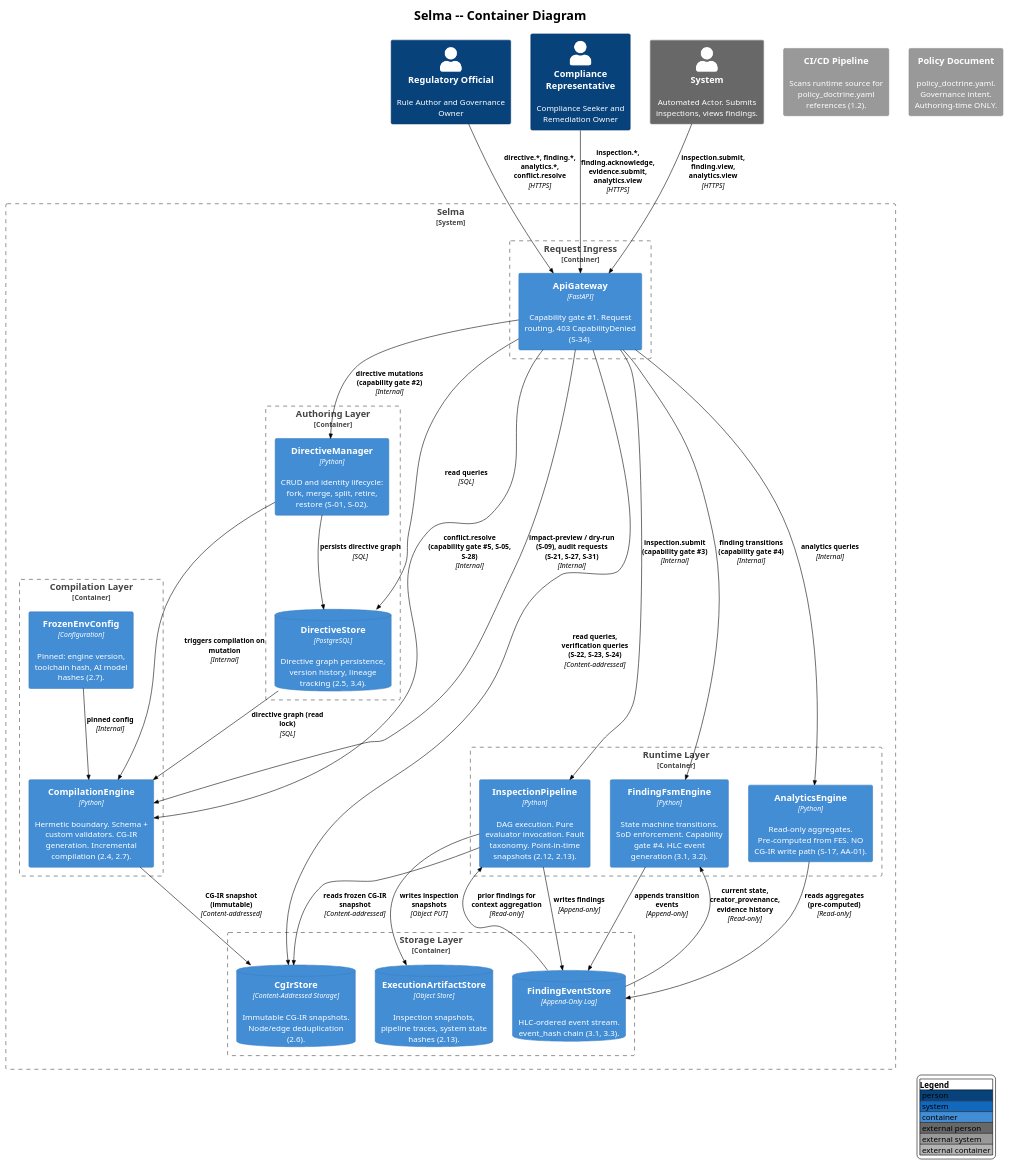
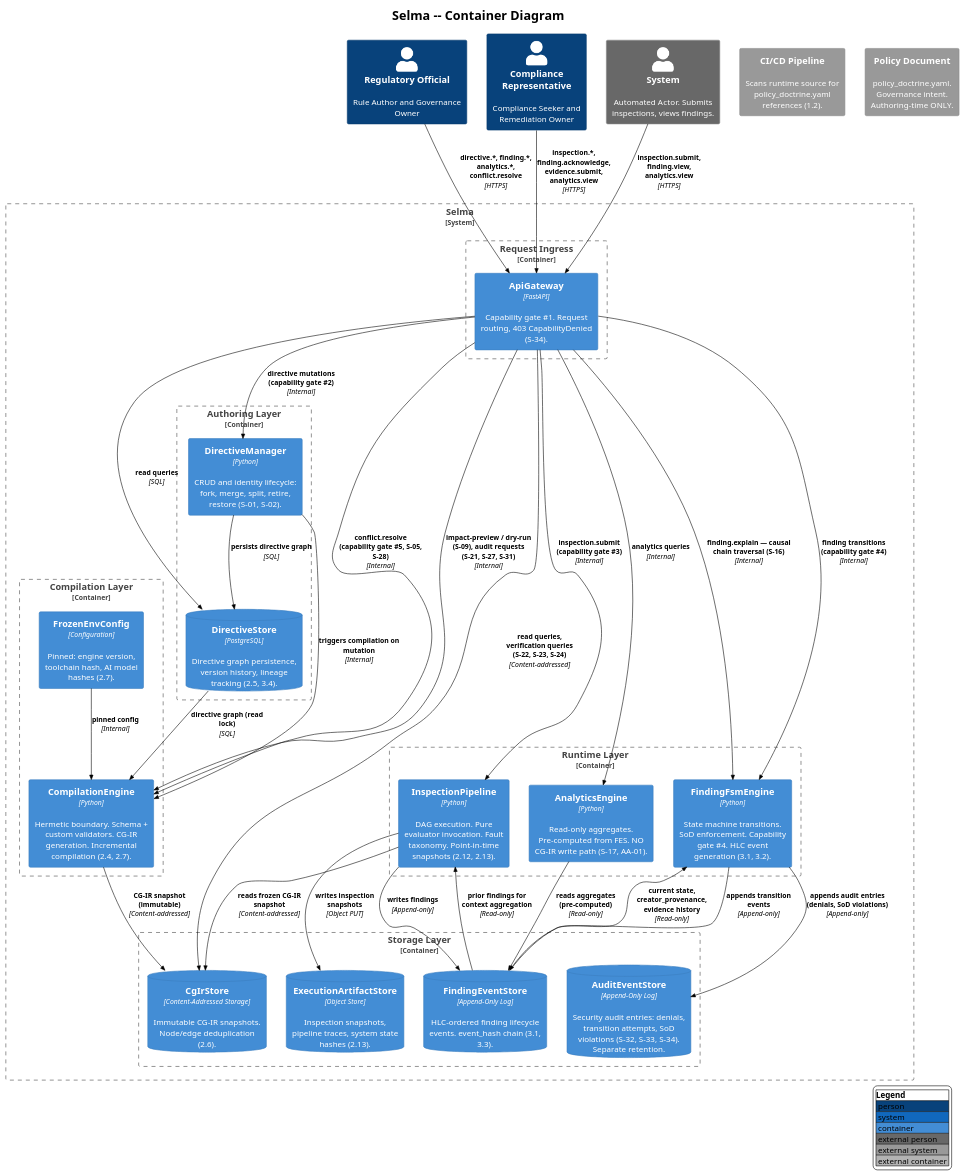
Before and after one commit to salimnamvar/selma: the diagram in docs/C4-Design/c4_selma_container.puml, drawn with PlantUML. The commit also changed other lines of this file and 4 other files, not shown here.

Commit message:
docs(C4-Design): Update diagrams to version 2.2.0, enhance component details, and clarify audit entries

```diff
--- a/docs/C4-Design/c4_selma_container.puml
+++ b/docs/C4-Design/c4_selma_container.puml
@@ -12,74 +12,77 @@
 @startuml
 !include https://raw.githubusercontent.com/plantuml-stdlib/C4-PlantUML/v2.13.0/C4_Container.puml
 !theme plain
 
 LAYOUT_WITH_LEGEND()
 
 title Selma -- Container Diagram
 
 Person(regulatory_official, "Regulatory Official", "Rule Author and Governance Owner")
 Person(compliance_rep, "Compliance Representative", "Compliance Seeker and Remediation Owner")
 Person_Ext(system_actor, "System", "Automated Actor. Submits inspections, views findings.")
 
 System_Boundary(selma, "Selma") {
     Container_Boundary(ingress, "Request Ingress") {
         Container(api_gateway, "ApiGateway", "FastAPI", "Capability gate #1. Request routing, 403 CapabilityDenied (S-34).")
     }
 
     Container_Boundary(authoring, "Authoring Layer") {
         Container(directive_mgr, "DirectiveManager", "Python", "CRUD and identity lifecycle: fork, merge, split, retire, restore (S-01, S-02).")
         ContainerDb(directive_store, "DirectiveStore", "PostgreSQL", "Directive graph persistence, version history, lineage tracking (2.5, 3.4).")
     }
 
     Container_Boundary(compilation, "Compilation Layer") {
         Container(compilation_engine, "CompilationEngine", "Python", "Hermetic boundary. Schema + custom validators. CG-IR generation. Incremental compilation (2.4, 2.7).")
         Container(frozen_env, "FrozenEnvConfig", "Configuration", "Pinned: engine version, toolchain hash, AI model hashes (2.7).")
     }
 
     Container_Boundary(storage, "Storage Layer") {
         ContainerDb(cgir_store, "CgIrStore", "Content-Addressed Storage", "Immutable CG-IR snapshots. Node/edge deduplication (2.6).")
-        ContainerDb(finding_event_store, "FindingEventStore", "Append-Only Log", "HLC-ordered event stream. event_hash chain (3.1, 3.3).")
+        ContainerDb(finding_event_store, "FindingEventStore", "Append-Only Log", "HLC-ordered finding lifecycle events. event_hash chain (3.1, 3.3).")
+        ContainerDb(audit_event_store, "AuditEventStore", "Append-Only Log", "Security audit entries: denials, transition attempts, SoD violations (S-32, S-33, S-34). Separate retention.")
         ContainerDb(execution_artifact_store, "ExecutionArtifactStore", "Object Store", "Inspection snapshots, pipeline traces, system state hashes (2.13).")
     }
 
     Container_Boundary(runtime, "Runtime Layer") {
         Container(inspection_pipeline, "InspectionPipeline", "Python", "DAG execution. Pure evaluator invocation. Fault taxonomy. Point-in-time snapshots (2.12, 2.13).")
         Container(finding_fsm, "FindingFsmEngine", "Python", "State machine transitions. SoD enforcement. Capability gate #4. HLC event generation (3.1, 3.2).")
         Container(analytics_engine, "AnalyticsEngine", "Python", "Read-only aggregates. Pre-computed from FES. NO CG-IR write path (S-17, AA-01).")
     }
 }
 
 System_Ext(ci_pipeline, "CI/CD Pipeline", "Scans runtime source for policy_doctrine.yaml references (1.2).")
 System_Ext(policy_doc, "Policy Document", "policy_doctrine.yaml. Governance intent. Authoring-time ONLY.")
 
 Rel(regulatory_official, api_gateway, "directive.*, finding.*, analytics.*, conflict.resolve", "HTTPS")
 Rel(compliance_rep, api_gateway, "inspection.*, finding.acknowledge, evidence.submit, analytics.view", "HTTPS")
 Rel(system_actor, api_gateway, "inspection.submit, finding.view, analytics.view", "HTTPS")
 
 Rel(api_gateway, directive_mgr, "directive mutations (capability gate #2)", "Internal")
 Rel(api_gateway, inspection_pipeline, "inspection.submit (capability gate #3)", "Internal")
 Rel(api_gateway, finding_fsm, "finding transitions (capability gate #4)", "Internal")
+Rel(api_gateway, finding_fsm, "finding.explain — causal chain traversal (S-16)", "Internal")
 Rel(api_gateway, analytics_engine, "analytics queries", "Internal")
 Rel(api_gateway, directive_store, "read queries", "SQL")
 Rel(api_gateway, cgir_store, "read queries, verification queries (S-22, S-23, S-24)", "Content-addressed")
 Rel(api_gateway, compilation_engine, "conflict.resolve (capability gate #5, S-05, S-28)", "Internal")
 Rel(api_gateway, compilation_engine, "impact-preview / dry-run (S-09), audit requests (S-21, S-27, S-31)", "Internal")
 
 Rel(directive_mgr, directive_store, "persists directive graph", "SQL")
 Rel(directive_mgr, compilation_engine, "triggers compilation on mutation", "Internal")
 Rel(directive_store, compilation_engine, "directive graph (read lock)", "SQL")
 Rel(frozen_env, compilation_engine, "pinned config", "Internal")
 
 Rel(compilation_engine, cgir_store, "CG-IR snapshot (immutable)", "Content-addressed")
 
 Rel(inspection_pipeline, cgir_store, "reads frozen CG-IR snapshot", "Content-addressed")
 Rel(inspection_pipeline, finding_event_store, "writes findings", "Append-only")
 Rel(inspection_pipeline, execution_artifact_store, "writes inspection snapshots", "Object PUT")
 Rel(finding_event_store, inspection_pipeline, "prior findings for context aggregation", "Read-only")
 
 Rel(finding_fsm, finding_event_store, "appends transition events", "Append-only")
+Rel(finding_fsm, audit_event_store, "appends audit entries (denials, SoD violations)", "Append-only")
 Rel(finding_event_store, finding_fsm, "current state, creator_provenance, evidence history", "Read-only")
 
 Rel(analytics_engine, finding_event_store, "reads aggregates (pre-computed)", "Read-only")
 
 @enduml
```
